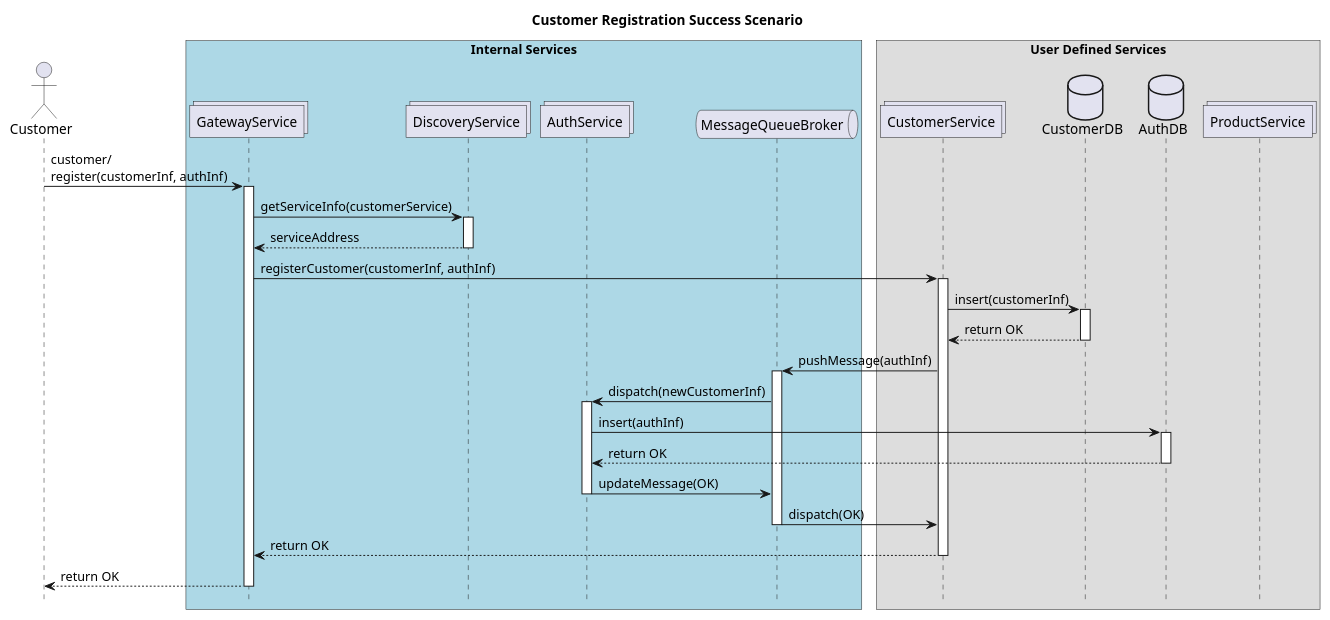
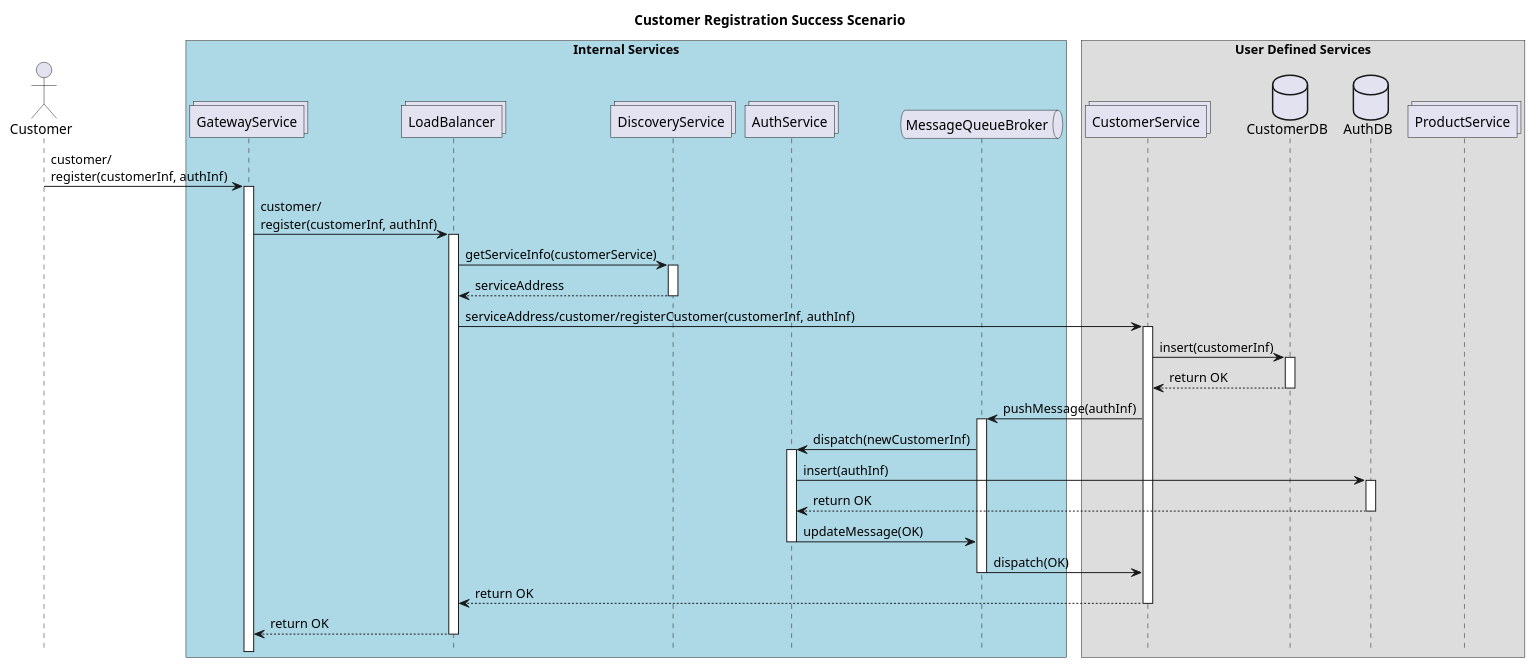
One commit to naimyurek/microblockthesis changed the diagram in 03 Client Registration Success.wsd. Above: the diagram before and after it, drawn with PlantUML. The commit also changed 3 other files, not shown here.

Commit message:
load balancer seneryolara eklendi

```diff
--- a/03 Client Registration Success.wsd
+++ b/03 Client Registration Success.wsd
@@ -1,39 +1,41 @@
 @startuml CustomerRegistrationScenario
 !pragma teoz true
 
 title "Customer Registration Success Scenario"
 
 hide footbox
 actor Customer
 
 
 box "Internal Services" #LightBlue
 collections GatewayService
+collections LoadBalancer
 collections DiscoveryService
 collections AuthService
 queue MessageQueueBroker
 end box
 
 box "User Defined Services"
 collections CustomerService
 database CustomerDB
 database AuthDB
 collections ProductService
 end box
 
 Customer -> GatewayService ++ : customer/\nregister(customerInf, authInf)
-GatewayService -> DiscoveryService ++ : getServiceInfo(customerService)
+GatewayService -> LoadBalancer ++ : customer/\nregister(customerInf, authInf)
+LoadBalancer -> DiscoveryService ++ : getServiceInfo(customerService)
 return serviceAddress 
-GatewayService -> CustomerService ++ : registerCustomer(customerInf, authInf)
+LoadBalancer -> CustomerService ++ : serviceAddress/customer/registerCustomer(customerInf, authInf)
 CustomerService -> CustomerDB ++: insert(customerInf)
 return return OK 
 CustomerService -> MessageQueueBroker ++ : pushMessage(authInf)
 MessageQueueBroker -> AuthService ++ : dispatch(newCustomerInf)
 AuthService -> AuthDB ++ : insert(authInf)
 return return OK 
 AuthService -> MessageQueueBroker -- : updateMessage(OK)
 MessageQueueBroker -> CustomerService -- : dispatch(OK)
 return return OK 
 return return OK 
 
 @enduml
```
